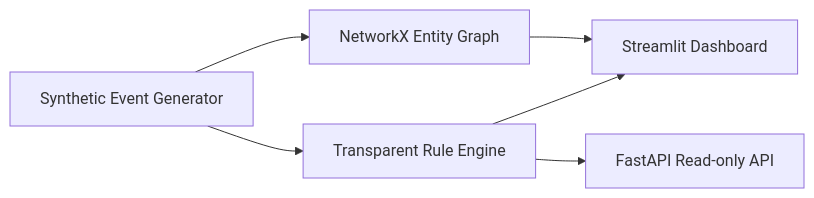
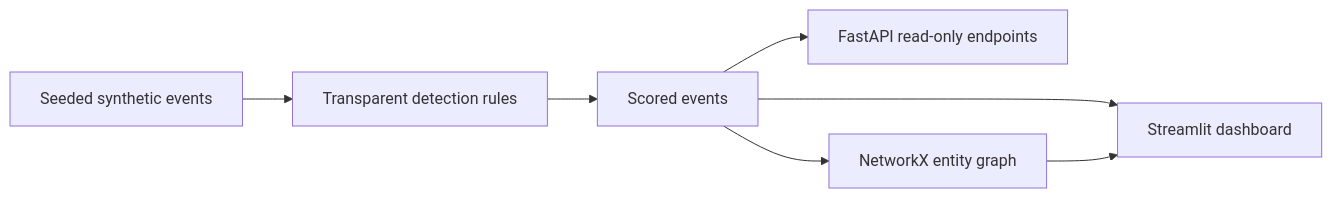
Before and after one commit to tasnem-tech/sentinelgraph-ai: the diagram in README.md, drawn with Mermaid. The commit also changed other lines of this file and 1 other file, not shown here.

````diff
--- a/README.md
+++ b/README.md
@@ -58,8 +43,9 @@
 ```mermaid
 flowchart LR
-  A[Synthetic Event Generator] --> B[Transparent Rule Engine]
-  B --> C[Streamlit Dashboard]
-  B --> D[FastAPI Read-only API]
-  A --> E[NetworkX Entity Graph]
-  E --> C
+    A[Seeded synthetic events] --> B[Transparent detection rules]
+    B --> C[Scored events]
+    C --> D[Streamlit dashboard]
+    C --> E[FastAPI read-only endpoints]
+    C --> F[NetworkX entity graph]
+    F --> D
 ```
````
